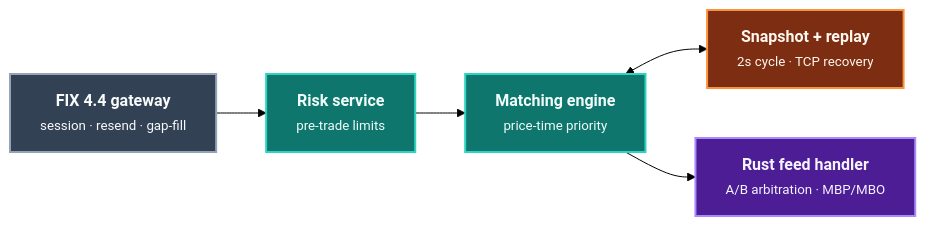
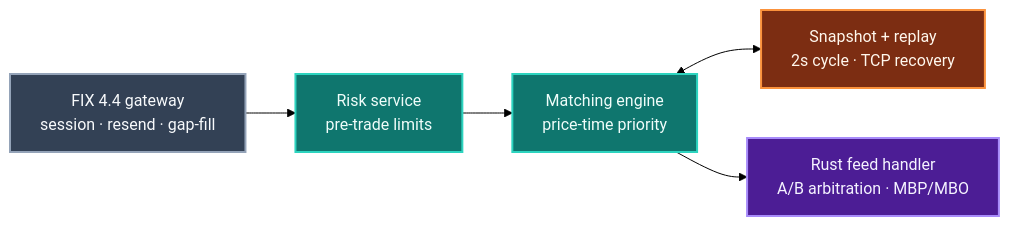
One commit to Git-ShivamPatil/low-latency-market-data-stack changed the diagram in README.md. Above: the diagram before and after it, drawn with Mermaid (forest theme).

Commit message:
Drop HTML tags from the diagram labels so Mermaid sizes the nodes correctly

````diff
--- a/README.md
+++ b/README.md
@@ -32,22 +32,22 @@
 ```mermaid
 flowchart LR
-    N0["<b>FIX 4.4 gateway</b><br/><small>session · resend · gap-fill</small>"]
-    N1["<b>Risk service</b><br/><small>pre-trade limits</small>"]
-    N2["<b>Matching engine</b><br/><small>price-time priority</small>"]
-    N3["<b>Snapshot + replay</b><br/><small>2s cycle · TCP recovery</small>"]
-    N4["<b>Rust feed handler</b><br/><small>A/B arbitration · MBP/MBO</small>"]
+    N0["FIX 4.4 gateway<br/>session · resend · gap-fill"]
+    N1["Risk service<br/>pre-trade limits"]
+    N2["Matching engine<br/>price-time priority"]
+    N3["Snapshot + replay<br/>2s cycle · TCP recovery"]
+    N4["Rust feed handler<br/>A/B arbitration · MBP/MBO"]
 
     N0 --> N1
     N1 --> N2
     N2 <--> N3
     N2 --> N4
 
     classDef input fill:#334155,stroke:#94a3b8,stroke-width:2px,color:#f8fafc
     classDef core fill:#0f766e,stroke:#2dd4bf,stroke-width:2px,color:#f0fdfa
     classDef store fill:#7c2d12,stroke:#fb923c,stroke-width:2px,color:#fff7ed
     classDef output fill:#4c1d95,stroke:#a78bfa,stroke-width:2px,color:#f5f3ff
     class N0 input
     class N1,N2 core
     class N3 store
     class N4 output
 ```
````
